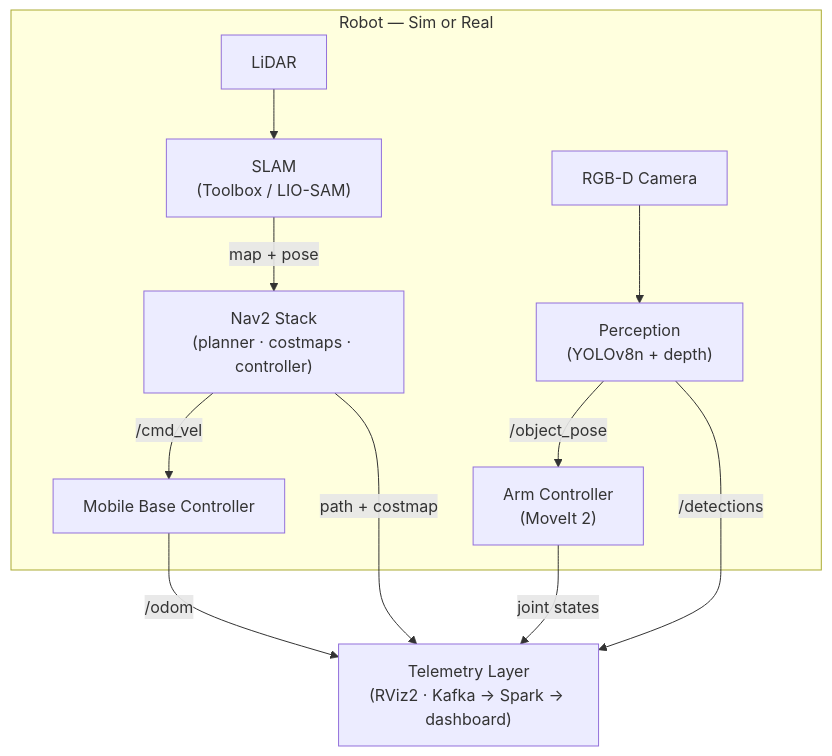
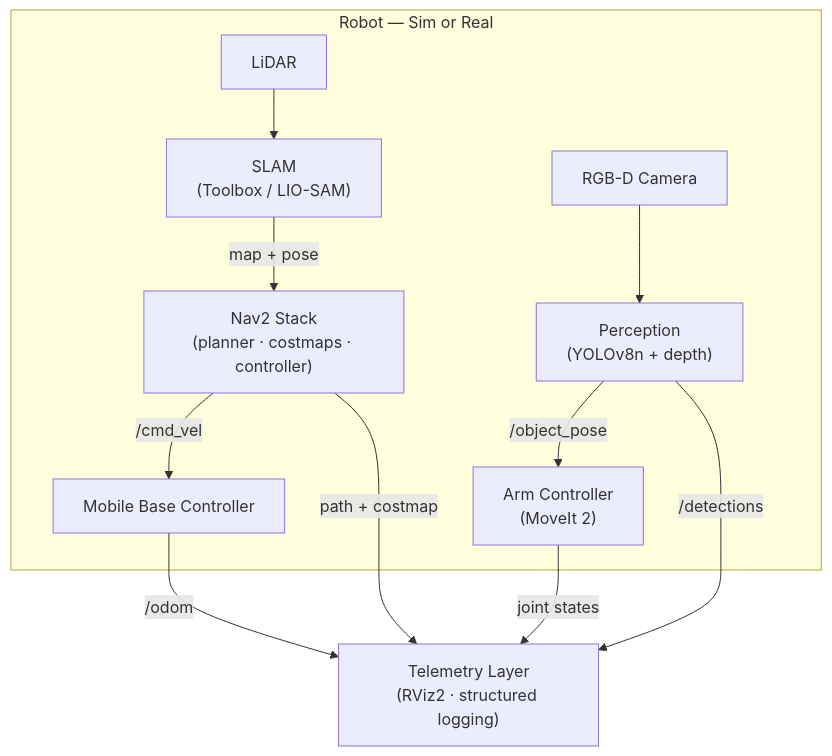
The diagram in ARCHITECTURE.md (robotics-career-coach/summer26-project-definition), drawn with Mermaid before and after one commit. The commit also changed other lines of this file and 4 other files, not shown here.

````diff
--- a/ARCHITECTURE.md
+++ b/ARCHITECTURE.md
@@ -22,24 +22,24 @@
 ```mermaid
 flowchart TD
     subgraph Robot["Robot — Sim or Real"]
         LiDAR[LiDAR]
         RGBD[RGB-D Camera]
         SLAM["SLAM<br/>(Toolbox / LIO-SAM)"]
         Perception["Perception<br/>(YOLOv8n + depth)"]
         Nav2["Nav2 Stack<br/>(planner · costmaps · controller)"]
         Base[Mobile Base Controller]
         Arm["Arm Controller<br/>(MoveIt 2)"]
     end
 
-    Telemetry["Telemetry Layer<br/>(RViz2 · Kafka → Spark → dashboard)"]
+    Telemetry["Telemetry Layer<br/>(RViz2 · structured logging)"]
 
     LiDAR --> SLAM
     RGBD --> Perception
     SLAM -- "map + pose" --> Nav2
     Perception -- "/object_pose" --> Arm
     Nav2 -- "/cmd_vel" --> Base
     Base -- "/odom" --> Telemetry
     Nav2 -- "path + costmap" --> Telemetry
     Arm -- "joint states" --> Telemetry
     Perception -- "/detections" --> Telemetry
 ```
````
